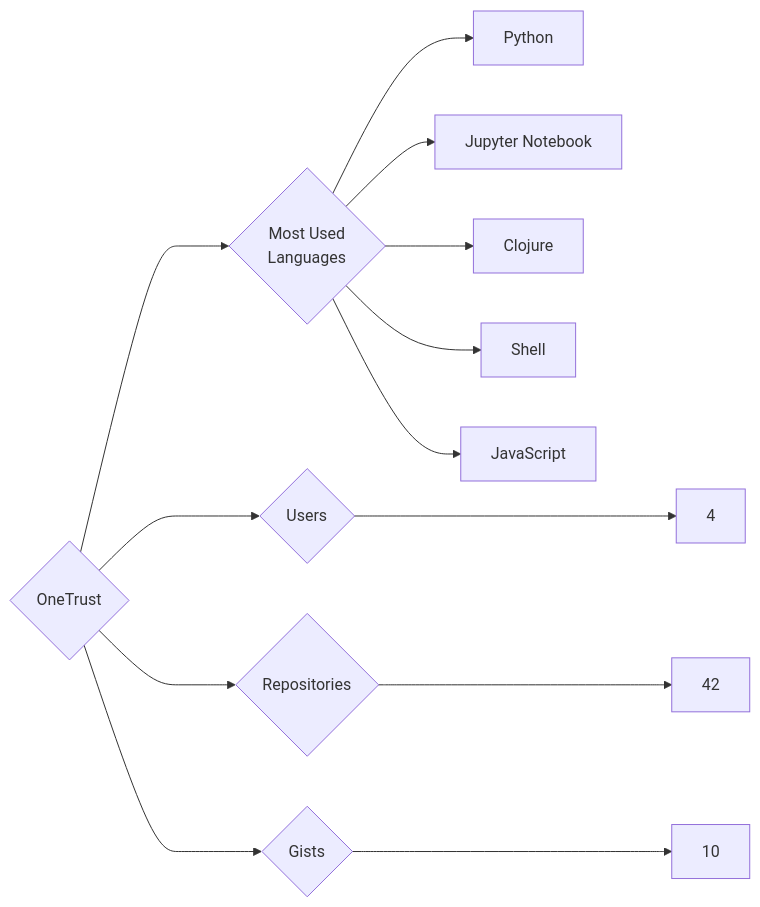
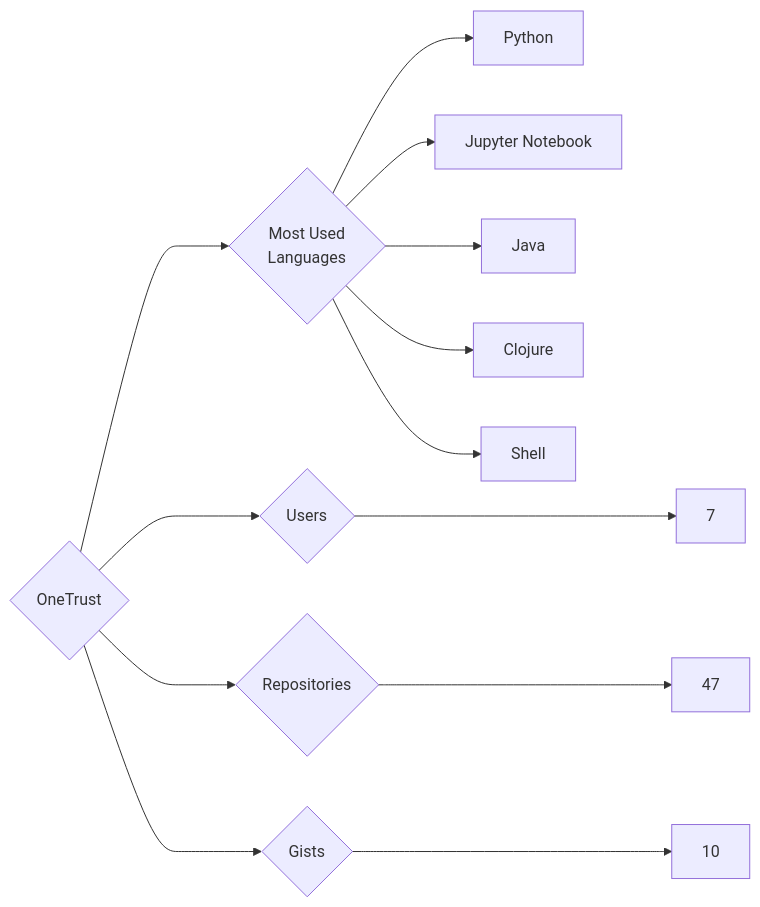
One commit to trickest/insiders changed the diagram in targets/OneTrust/README.md. Above: the diagram before and after it, drawn with Mermaid. The commit also changed 1484 other files, not shown here.

````diff
--- a/targets/OneTrust/README.md
+++ b/targets/OneTrust/README.md
@@ -3,13 +3,13 @@
 ```mermaid
 graph LR
 COMPANY_NAME{OneTrust}
-COMPANY_NAME ---> U{Users} ---> UN[4]
-COMPANY_NAME ---> R{Repositories} ---> RN[42]
+COMPANY_NAME ---> U{Users} ---> UN[7]
+COMPANY_NAME ---> R{Repositories} ---> RN[47]
 COMPANY_NAME ---> G{Gists} ---> GN[10]
 COMPANY_NAME ---> ML{Most Used<br>Languages}
 ML --> Python[Python]
 ML --> Jupyter_Notebook[Jupyter Notebook]
+ML --> Java[Java]
 ML --> Clojure[Clojure]
 ML --> Shell[Shell]
-ML --> JavaScript[JavaScript]
 ```
````
